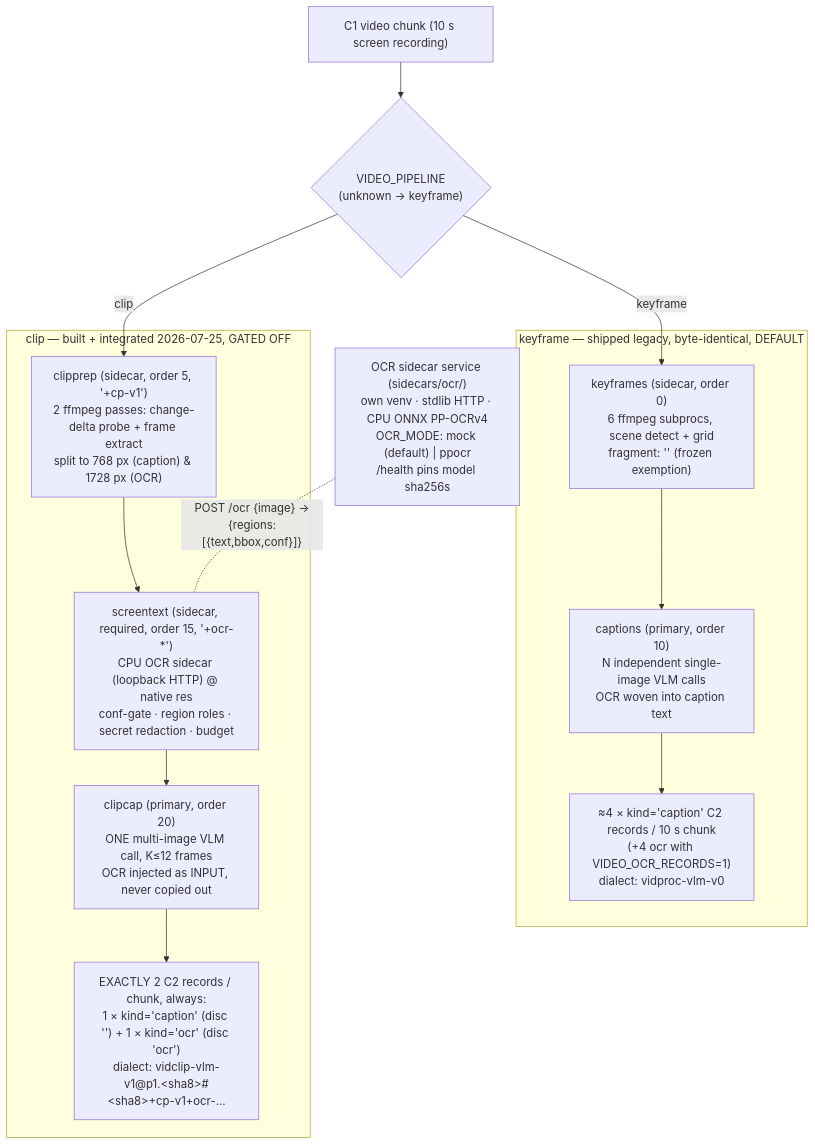
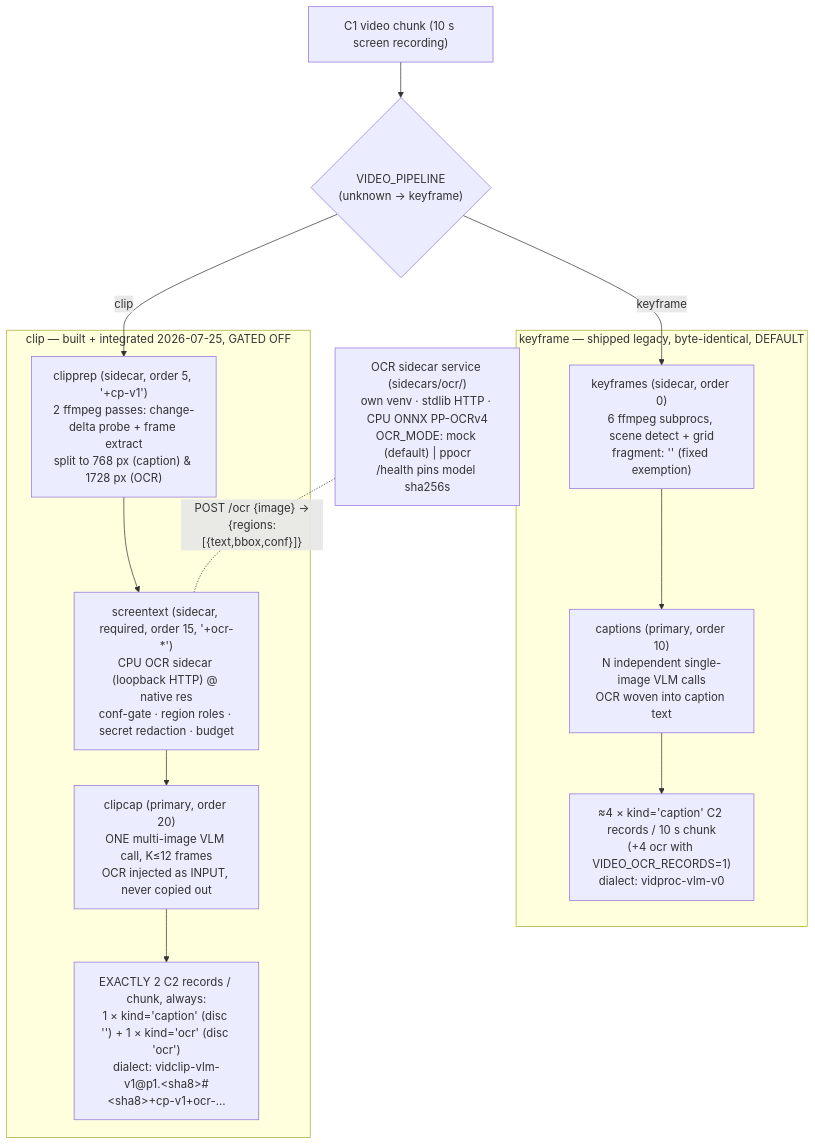
One commit to nmnWithNucleus/continual-learning changed the third of 4 diagrams in product/onboarding/LEARN_LOOP.md. Above: the diagram before and after it, drawn with Mermaid. The commit also changed other lines of this file and 23 other files, not shown here.

````diff
--- a/product/onboarding/LEARN_LOOP.md
+++ b/product/onboarding/LEARN_LOOP.md
@@ -431,25 +431,25 @@
 ```mermaid
 flowchart TB
   C1IN["C1 video chunk (10 s screen recording)"] --> MODE{"VIDEO_PIPELINE<br/>(unknown → keyframe)"}
 
   subgraph legacy["keyframe — shipped legacy, byte-identical, DEFAULT"]
-    KF["keyframes (sidecar, order 0)<br/>6 ffmpeg subprocs, scene detect + grid<br/>fragment: '' (frozen exemption)"]
+    KF["keyframes (sidecar, order 0)<br/>6 ffmpeg subprocs, scene detect + grid<br/>fragment: '' (fixed exemption)"]
     CAPS["captions (primary, order 10)<br/>N independent single-image VLM calls<br/>OCR woven into caption text"]
     KF --> CAPS
     CAPS --> R1["≈4 × kind='caption' C2 records / 10 s chunk<br/>(+4 ocr with VIDEO_OCR_RECORDS=1)<br/>dialect: vidproc-vlm-v0"]
   end
 
   subgraph clip["clip — built + integrated 2026-07-25, GATED OFF"]
     CP["clipprep (sidecar, order 5, '+cp-v1')<br/>2 ffmpeg passes: change-delta probe + frame extract<br/>split to 768 px (caption) & 1728 px (OCR)"]
     ST["screentext (sidecar, required, order 15, '+ocr-*')<br/>CPU OCR sidecar (loopback HTTP) @ native res<br/>conf-gate · region roles · secret redaction · budget"]
     CC["clipcap (primary, order 20)<br/>ONE multi-image VLM call, K≤12 frames<br/>OCR injected as INPUT, never copied out"]
     CP --> ST --> CC
     CC --> R2["EXACTLY 2 C2 records / chunk, always:<br/>1 × kind='caption' (disc '') + 1 × kind='ocr' (disc 'ocr')<br/>dialect: vidclip-vlm-v1@p1.&lt;sha8&gt;#&lt;sha8&gt;+cp-v1+ocr-…"]
   end
 
   MODE -->|keyframe| KF
   MODE -->|clip| CP
 
   OCRSVC["OCR sidecar service (sidecars/ocr/)<br/>own venv · stdlib HTTP · CPU ONNX PP-OCRv4<br/>OCR_MODE: mock (default) | ppocr<br/>/health pins model sha256s"]
   OCRSVC -. "POST /ocr {image} →<br/>{regions:[{text,bbox,conf}]}" .- ST
 ```
````
